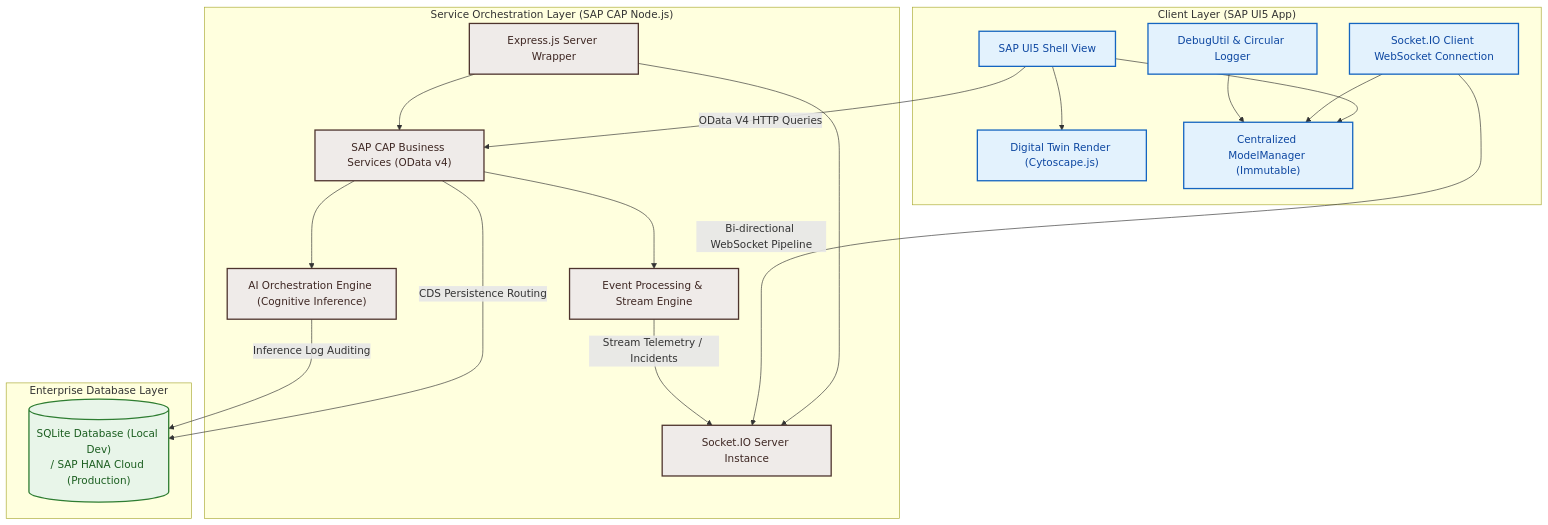
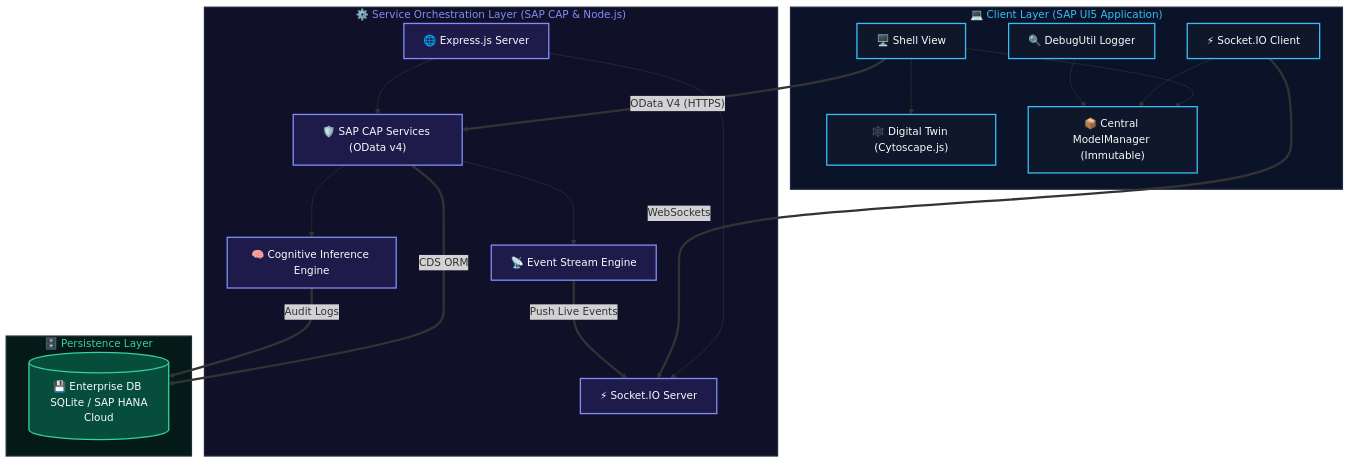
One commit to GurleenKaurBali27/NeuroFlow changed the first of 2 diagrams in readme.md. Above: the diagram before and after it, drawn with Mermaid. The commit also changed other lines of this file and 2 other files, not shown here.

Commit message:
docs: streamline README, style architecture diagram, and add simplified UI previews

````diff
--- a/readme.md
+++ b/readme.md
@@ -109,48 +53,54 @@
 ```mermaid
 graph TB
-    subgraph ClientLayer ["Client Layer (SAP UI5 App)"]
-        UI5["SAP UI5 Shell View"]
-        Cytoscape["Digital Twin Render (Cytoscape.js)"]
-        SocketClient["Socket.IO Client WebSocket Connection"]
-        DebugUtil["DebugUtil & Circular Logger"]
-        ModelManager["Centralized ModelManager (Immutable)"]
-        
+    %% Layout Configuration
+    subgraph ClientLayer ["💻 Client Layer (SAP UI5 Application)"]
+        UI5["🖥️ Shell View"]
+        Cytoscape["🕸️ Digital Twin (Cytoscape.js)"]
+        SocketClient["⚡ Socket.IO Client"]
+        ModelManager["📦 Central ModelManager (Immutable)"]
+        DebugUtil["🔍 DebugUtil Logger"]
+
         UI5 --> Cytoscape
         UI5 --> ModelManager
         SocketClient --> ModelManager
         DebugUtil --> ModelManager
     end
 
-    subgraph ServiceLayer ["Service Orchestration Layer (SAP CAP Node.js)"]
-        Express["Express.js Server Wrapper"]
-        CAP["SAP CAP Business Services (OData v4)"]
-        SocketServer["Socket.IO Server Instance"]
-        EventEngine["Event Processing & Stream Engine"]
-        AIEngine["AI Orchestration Engine (Cognitive Inference)"]
-        
+    subgraph ServiceLayer ["⚙️ Service Orchestration Layer (SAP CAP & Node.js)"]
+        Express["🌐 Express.js Server"]
+        CAP["🛡️ SAP CAP Services (OData v4)"]
+        SocketServer["⚡ Socket.IO Server"]
+        EventEngine["📡 Event Stream Engine"]
+        AIEngine["🧠 Cognitive Inference Engine"]
+
         Express --> CAP
         Express --> SocketServer
         CAP --> EventEngine
         CAP --> AIEngine
     end
 
-    subgraph DataLayer ["Enterprise Database Layer"]
-        DB[("SQLite Database (Local Dev)<br/>/ SAP HANA Cloud (Production)")]
+    subgraph DataLayer ["🗄️ Persistence Layer"]
+        DB[("💾 Enterprise DB <br> SQLite / SAP HANA Cloud")]
     end
 
-    %% Connections
-    UI5 -- "OData V4 HTTP Queries" --> CAP
-    SocketClient -- "Bi-directional WebSocket Pipeline" --> SocketServer
-    EventEngine -- "Stream Telemetry / Incidents" --> SocketServer
-    CAP -- "CDS Persistence Routing" --> DB
-    AIEngine -- "Inference Log Auditing" --> DB
-    
-    %% Custom Styling
-    classDef client fill:#e3f2fd,stroke:#1565c0,stroke-width:2px,color:#0d47a1;
-    classDef service fill:#efebe9,stroke:#4e342e,stroke-width:2px,color:#3e2723;
-    classDef db fill:#e8f5e9,stroke:#2e7d32,stroke-width:2px,color:#1b5e20;
-    
-    class UI5,Cytoscape,SocketClient,DebugUtil,ModelManager client;
+    %% Flow Connections
+    UI5 == "OData V4 (HTTPS)" ==> CAP
+    SocketClient == "WebSockets" ==> SocketServer
+    EventEngine == "Push Live Events" ==> SocketServer
+    CAP == "CDS ORM" ==> DB
+    AIEngine == "Audit Logs" ==> DB
+
+    %% Styling & Colors
+    classDef client fill:#0f172a,stroke:#38bdf8,stroke-width:2px,color:#f8fafc;
+    classDef service fill:#1e1b4b,stroke:#818cf8,stroke-width:2px,color:#f8fafc;
+    classDef db fill:#064e3b,stroke:#34d399,stroke-width:2px,color:#f8fafc;
+
+    class UI5,Cytoscape,SocketClient,ModelManager,DebugUtil client;
     class Express,CAP,SocketServer,EventEngine,AIEngine service;
     class DB db;
+
+    %% Global Theme Overrides
+    style ClientLayer fill:#0b1329,stroke:#1e293b,stroke-width:2px,color:#38bdf8;
+    style ServiceLayer fill:#111029,stroke:#1e293b,stroke-width:2px,color:#818cf8;
+    style DataLayer fill:#041a16,stroke:#1e293b,stroke-width:2px,color:#34d399;
 ```
````
